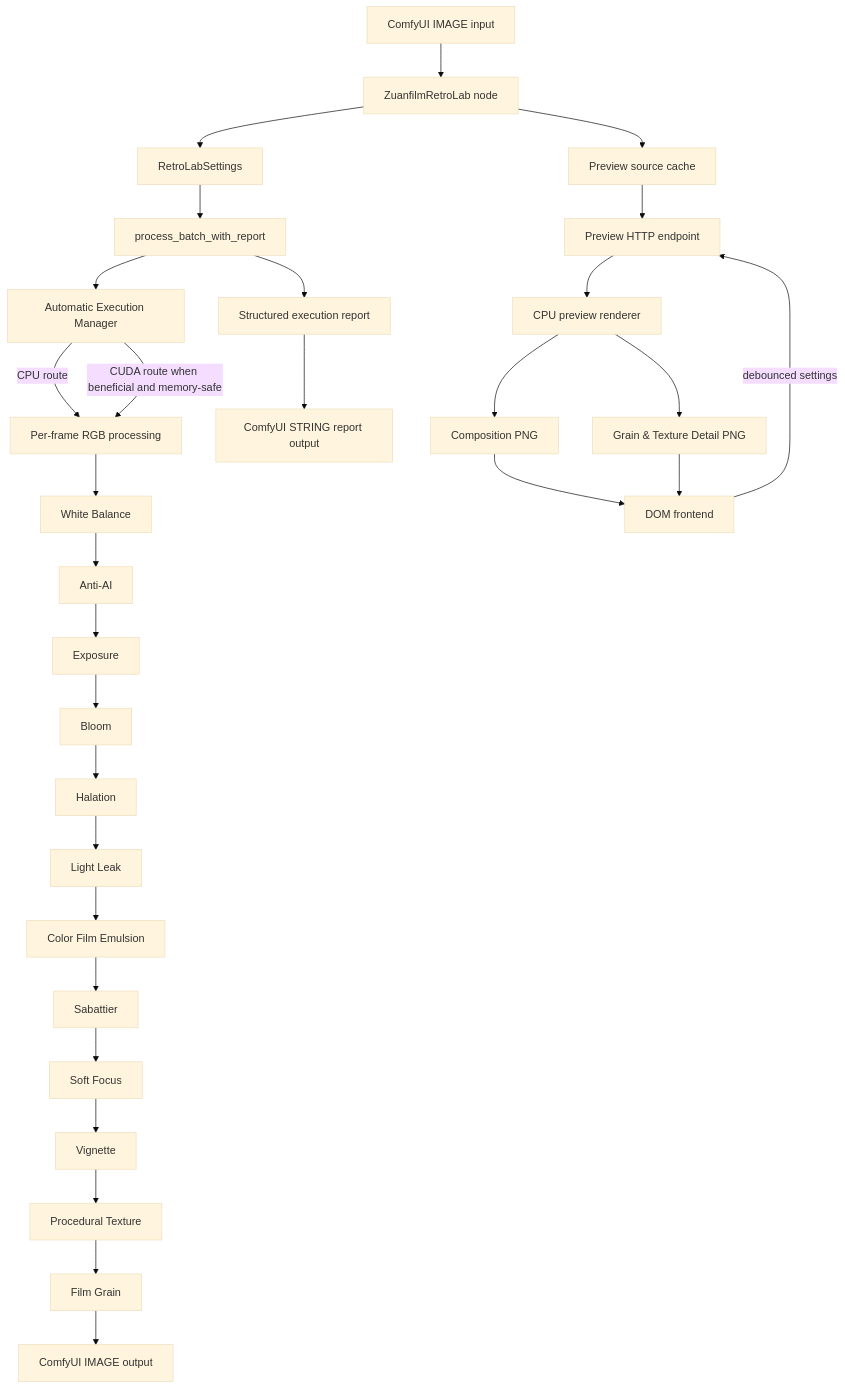
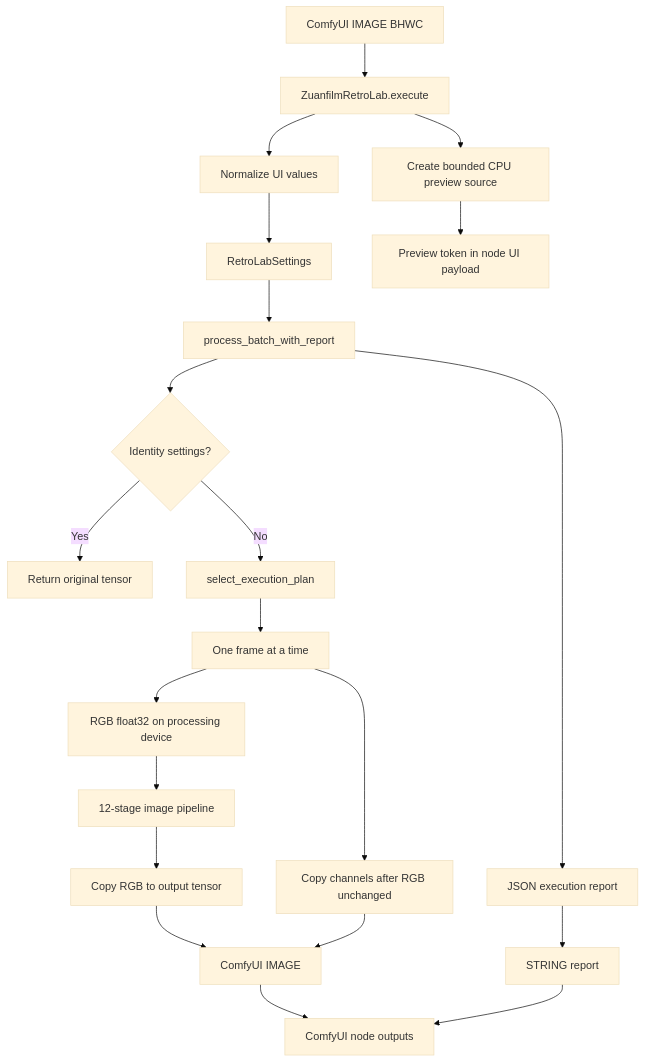
One commit to gajjar4/Zuanfilm-Retrolab changed the first of 3 diagrams in docs/architecture.md. Above: the diagram before and after it, drawn with Mermaid (base theme). The commit also changed other lines of this file, not shown here.

Commit message:
Docs: expand Retrolab implementation and CUDA architecture

````diff
--- a/docs/architecture.md
+++ b/docs/architecture.md
@@ -22,32 +80,23 @@
-```mermaid
+~~~mermaid
 flowchart TD
-    A[ComfyUI IMAGE input] --> B[ZuanfilmRetroLab node]
-    B --> C[RetroLabSettings]
-    B --> D[Preview source cache]
-    C --> E[process_batch_with_report]
-    E --> X[Automatic Execution Manager]
-    X -->|CPU route| F[Per-frame RGB processing]
-    X -->|CUDA route when beneficial and memory-safe| F
-    F --> G[White Balance]
-    G --> AA[Anti-AI]
-    AA --> EX[Exposure]
-    EX --> H[Bloom]
-    H --> I[Halation]
-    I --> J[Light Leak]
-    J --> K[Color Film Emulsion]
-    K --> L[Sabattier]
-    L --> M[Soft Focus]
-    M --> N[Vignette]
-    N --> NN[Procedural Texture]
-    NN --> O[Film Grain]
-    O --> P[ComfyUI IMAGE output]
-    E --> REP[Structured execution report]
-    REP --> STR[ComfyUI STRING report output]
-    D --> U[Preview HTTP endpoint]
-    Q[DOM frontend] -->|debounced settings| U
-    U --> R[CPU preview renderer]
-    R --> S[Composition PNG]
-    R --> T[Grain & Texture Detail PNG]
-    S --> Q
-    T --> Q
-```
+    A[ComfyUI IMAGE BHWC] --> B[ZuanfilmRetroLab.execute]
+    B --> C[Normalize UI values]
+    C --> D[RetroLabSettings]
+    D --> E[process_batch_with_report]
+    E --> F{Identity settings?}
+    F -->|Yes| G[Return original tensor]
+    F -->|No| H[select_execution_plan]
+    H --> I[One frame at a time]
+    I --> J[RGB float32 on processing device]
+    J --> K[12-stage image pipeline]
+    K --> L[Copy RGB to output tensor]
+    I --> M[Copy channels after RGB unchanged]
+    L --> N[ComfyUI IMAGE]
+    M --> N
+    E --> O[JSON execution report]
+    O --> P[STRING report]
+    B --> Q[Create bounded CPU preview source]
+    Q --> R[Preview token in node UI payload]
+    N --> S[ComfyUI node outputs]
+    P --> S
+~~~
````
